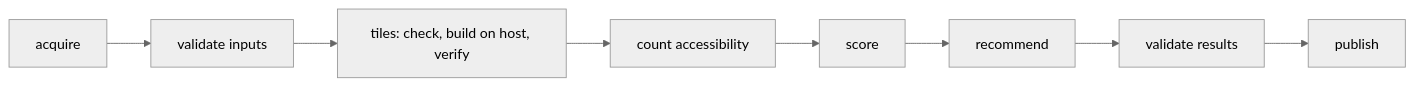
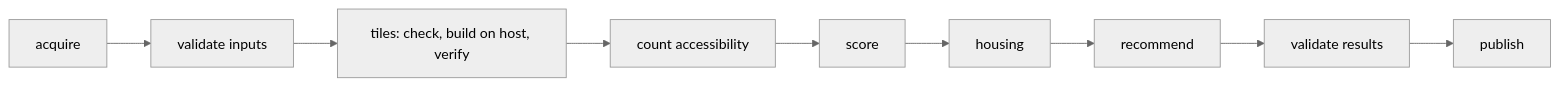
The second of 2 diagrams in docs/architecture.md (IsochroneLabs/reach), drawn with Mermaid (neutral theme) before and after one commit. The commit also changed other lines of this file and 11 other files, not shown here.

````diff
--- a/docs/architecture.md
+++ b/docs/architecture.md
@@ -327,5 +327,5 @@
 ```mermaid
 flowchart LR
     A[acquire] --> B[validate inputs] --> C[tiles: check, build on host, verify] --> D[count accessibility]
-    D --> E[score] --> F[recommend] --> G[validate results] --> H[publish]
+    D --> E[score] --> I[housing] --> F[recommend] --> G[validate results] --> H[publish]
 ```
````
